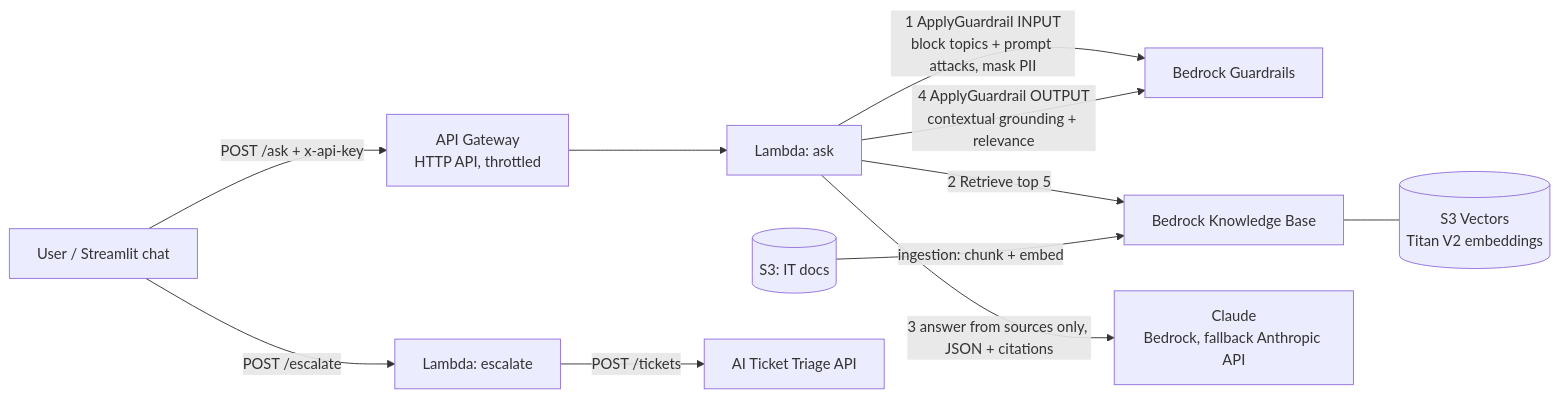
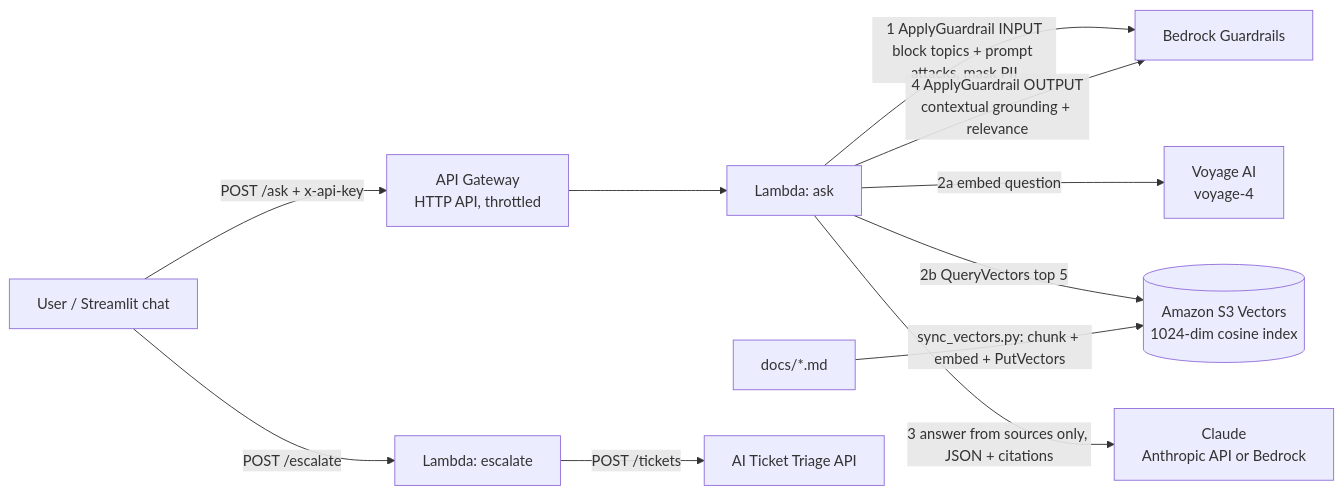
The diagram in README.md (sagarmodha9-dotcom/it-kb-assistant), drawn with Mermaid before and after one commit. The commit also changed other lines of this file and 11 other files, not shown here.

Commit message:
S3 Vectors + Voyage retrieval, guardrail tuning from evals, final results (98%)

````diff
--- a/README.md
+++ b/README.md
@@ -23,12 +24,12 @@
 ```mermaid
 flowchart LR
     U[User / Streamlit chat] -->|POST /ask + x-api-key| API[API Gateway<br/>HTTP API, throttled]
     API --> L[Lambda: ask]
     L -->|1 ApplyGuardrail INPUT<br/>block topics + prompt attacks, mask PII| G[Bedrock Guardrails]
-    L -->|2 Retrieve top 5| KB[Bedrock Knowledge Base]
-    KB --- V[(S3 Vectors<br/>Titan V2 embeddings)]
-    S3[(S3: IT docs)] -->|ingestion: chunk + embed| KB
-    L -->|3 answer from sources only, JSON + citations| M[Claude<br/>Bedrock, fallback Anthropic API]
+    L -->|2a embed question| VO[Voyage AI<br/>voyage-4]
+    L -->|2b QueryVectors top 5| V[(Amazon S3 Vectors<br/>1024-dim cosine index)]
+    D[docs/*.md] -->|sync_vectors.py: chunk + embed + PutVectors| V
+    L -->|3 answer from sources only, JSON + citations| M[Claude<br/>Anthropic API or Bedrock]
     L -->|4 ApplyGuardrail OUTPUT<br/>contextual grounding + relevance| G
     U -->|POST /escalate| E[Lambda: escalate] -->|POST /tickets| T[AI Ticket Triage API]
 ```
````
